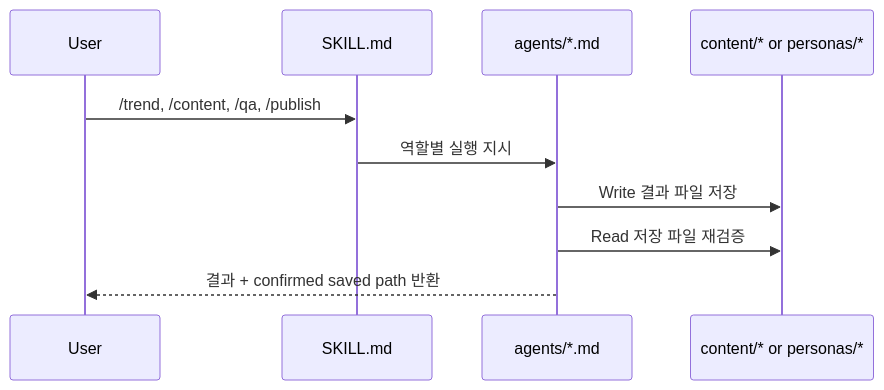
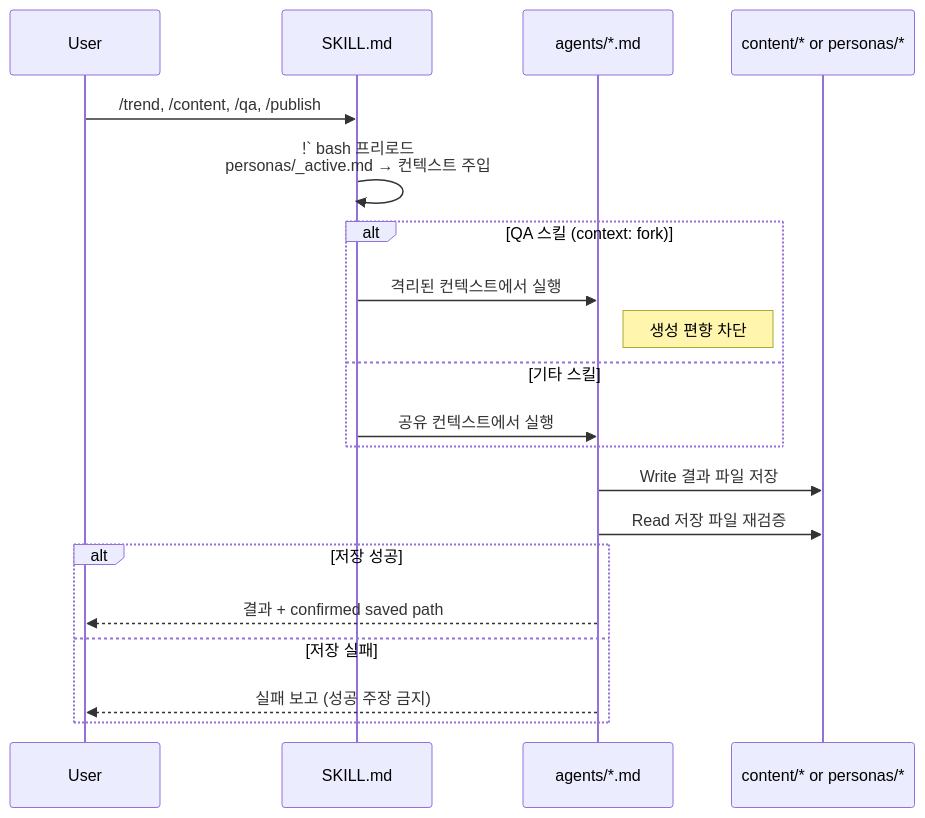
One commit to kimchanhyung98/agentic-workflows changed the fifth of 8 diagrams in polysona/00-diagram.md. Above: the diagram before and after it, drawn with Mermaid. The commit also changed other lines of this file and 4 other files, not shown here.

````diff
--- a/polysona/00-diagram.md
+++ b/polysona/00-diagram.md
@@ -64,13 +141,25 @@
 ```mermaid
 sequenceDiagram
     participant User
     participant Skill as SKILL.md
     participant Agent as agents/*.md
     participant FS as content/* or personas/*
 
     User->>Skill: /trend, /content, /qa, /publish
-    Skill->>Agent: 역할별 실행 지시
+    Skill->>Skill: !` bash 프리로드<br/>personas/_active.md → 컨텍스트 주입
+
+    alt QA 스킬 (context: fork)
+        Skill->>Agent: 격리된 컨텍스트에서 실행
+        Note right of Agent: 생성 편향 차단
+    else 기타 스킬
+        Skill->>Agent: 공유 컨텍스트에서 실행
+    end
+
     Agent->>FS: Write 결과 파일 저장
     Agent->>FS: Read 저장 파일 재검증
-    Agent-->>User: 결과 + confirmed saved path 반환
+    alt 저장 성공
+        Agent-->>User: 결과 + confirmed saved path
+    else 저장 실패
+        Agent-->>User: 실패 보고 (성공 주장 금지)
+    end
 ```
````
